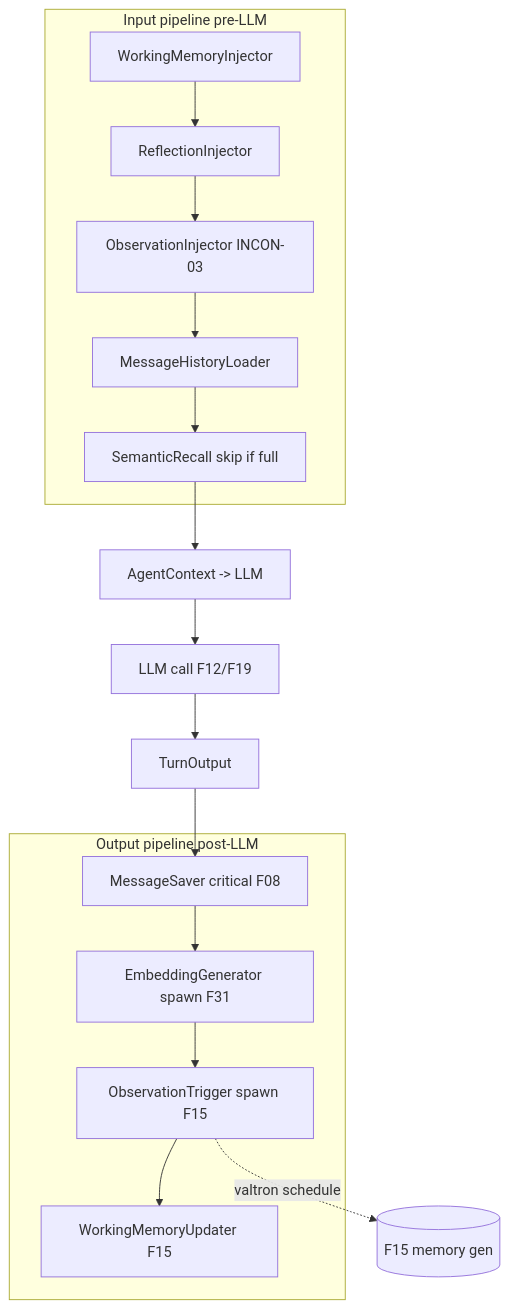
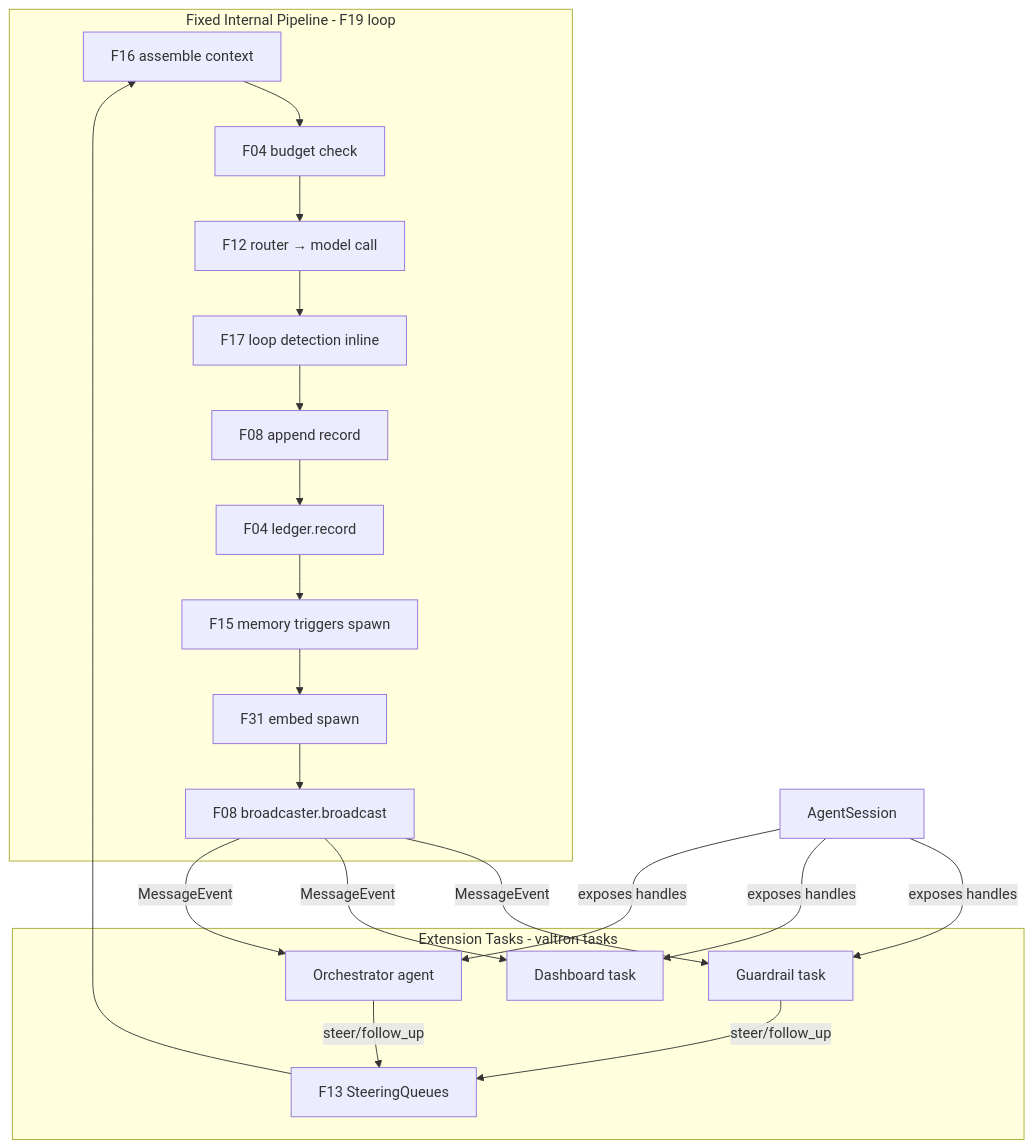
The diagram in specifications/36-agentic-api/features/14-input-output-processors/feature.md (ewe-studios/ewe_platform), drawn with Mermaid before and after one commit. The commit also changed other lines of this file and 29 other files, not shown here.

First line of the commit message:
spec(36): resolve Items #10-#14 — error handling, pipeline, loop detection, cancellation, agentic feature

````diff
--- a/specifications/36-agentic-api/features/14-input-output-processors/feature.md
+++ b/specifications/36-agentic-api/features/14-input-output-processors/feature.md
@@ -145,15 +170,26 @@
 ```mermaid
 graph TD
-    subgraph Input pipeline pre-LLM
-    WMI[WorkingMemoryInjector] --> RI[ReflectionInjector] --> OI[ObservationInjector INCON-03] --> MH[MessageHistoryLoader] --> SR[SemanticRecall skip if full]
+    subgraph Fixed Internal Pipeline - F19 loop
+    ASM[F16 assemble context] --> BUD[F04 budget check]
+    BUD --> MODEL[F12 router → model call]
+    MODEL --> LD[F17 loop detection inline]
+    LD --> SAVE[F08 append record]
+    SAVE --> LED[F04 ledger.record]
+    LED --> MEM[F15 memory triggers spawn]
+    MEM --> EMB[F31 embed spawn]
+    EMB --> PUB[F08 broadcaster.broadcast]
     end
-    SR --> CTX[AgentContext -> LLM]
-    CTX --> LLM[LLM call F12/F19]
-    LLM --> TO[TurnOutput]
-    subgraph Output pipeline post-LLM
-    MS[MessageSaver critical F08] --> EG[EmbeddingGenerator spawn F31] --> OT[ObservationTrigger spawn F15] --> WU[WorkingMemoryUpdater F15]
-    %% no LoopDetector here — it's an inline inner-loop check in F19 (Item #3)
+
+    subgraph Extension Tasks - valtron tasks
+    PUB --> |MessageEvent| EXT1[Guardrail task]
+    PUB --> |MessageEvent| EXT2[Dashboard task]
+    PUB --> |MessageEvent| EXT3[Orchestrator agent]
+    EXT1 --> |steer/follow_up| Q[F13 SteeringQueues]
+    EXT3 --> |steer/follow_up| Q
+    Q --> ASM
     end
-    TO --> MS
-    OT -. valtron schedule .-> MEM[(F15 memory gen)]
+
+    SESSION[AgentSession] --> |exposes handles| EXT1
+    SESSION --> |exposes handles| EXT2
+    SESSION --> |exposes handles| EXT3
 ```
````
